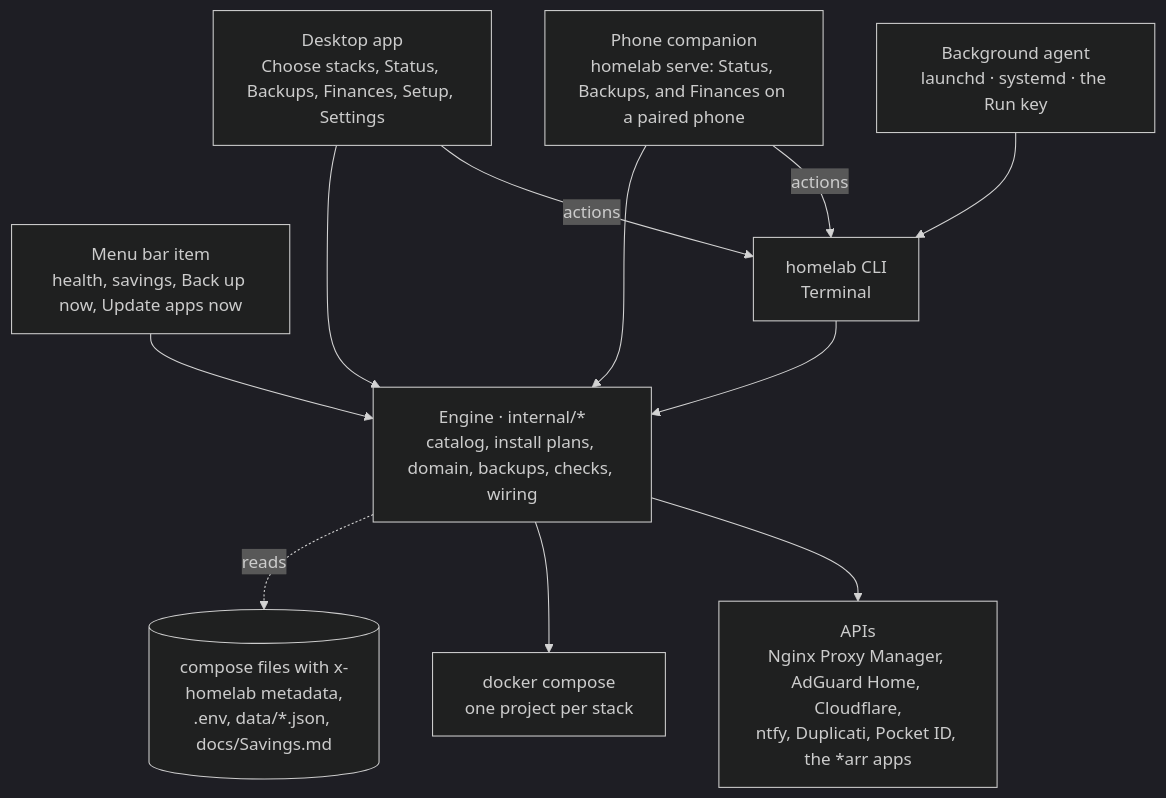
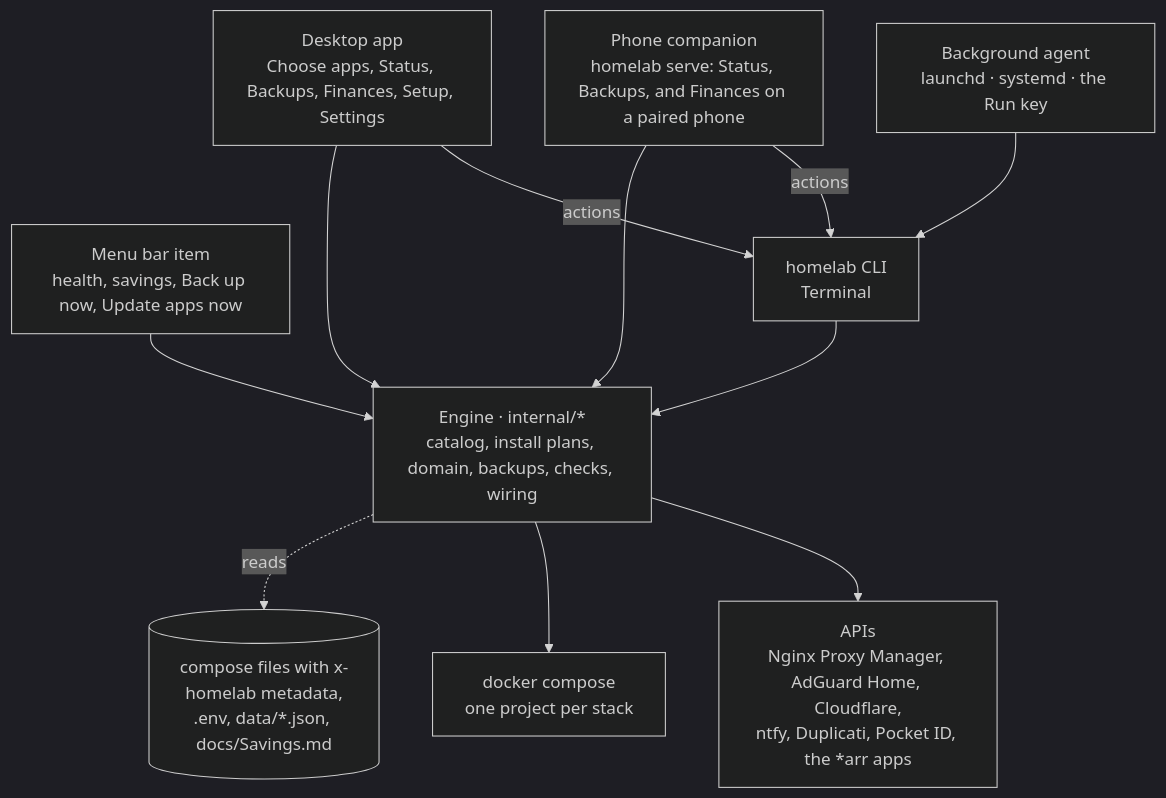
Before and after one commit to Snooper42/homelab-wizard: the second of 2 diagrams in docs/Architecture.md, drawn with Mermaid (dark theme). The commit also changed 50 other files, not shown here.

````diff
--- a/docs/Architecture.md
+++ b/docs/Architecture.md
@@ -91,22 +91,22 @@
 ```mermaid
 flowchart TB
-  app[Desktop app<br/>Choose stacks, Status, Backups, Finances, Setup, Settings]
+  app[Desktop app<br/>Choose apps, Status, Backups, Finances, Setup, Settings]
   tray[Menu bar item<br/>health, savings, Back up now, Update apps now]
   phone[Phone companion<br/>homelab serve: Status, Backups, and Finances on a paired phone]
   cli[homelab CLI<br/>Terminal]
   jobs[Background agent<br/>launchd · systemd · the Run key]
   engine[Engine · internal/*<br/>catalog, install plans, domain, backups, checks, wiring]
   files[(compose files with x-homelab metadata,<br/>.env, data/*.json, docs/Savings.md)]
   compose[docker compose<br/>one project per stack]
   apis["APIs<br/>Nginx Proxy Manager, AdGuard Home, Cloudflare,<br/>ntfy, Duplicati, Pocket ID, the *arr apps"]
   app --> engine
   phone --> engine
   phone -- "actions" --> cli
   app -- "actions" --> cli
   tray --> engine
   jobs --> cli
   cli --> engine
   engine -. reads .-> files
   engine --> compose
   engine --> apis
 ```
````
